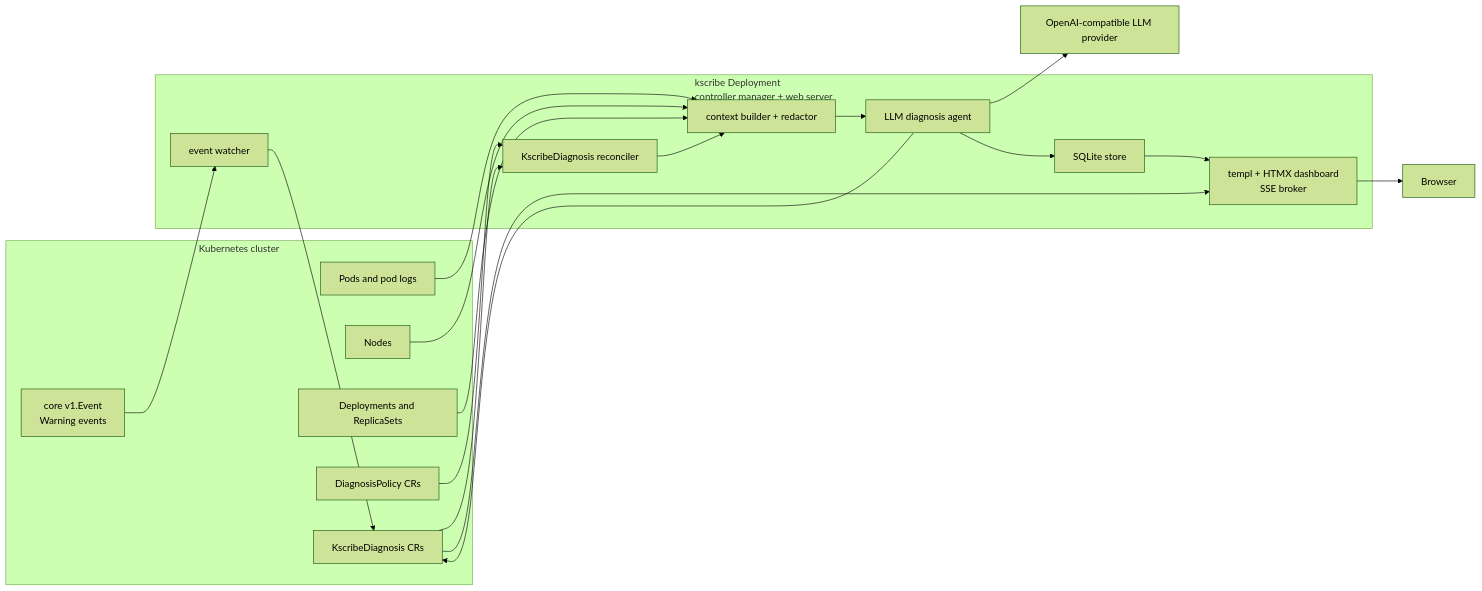
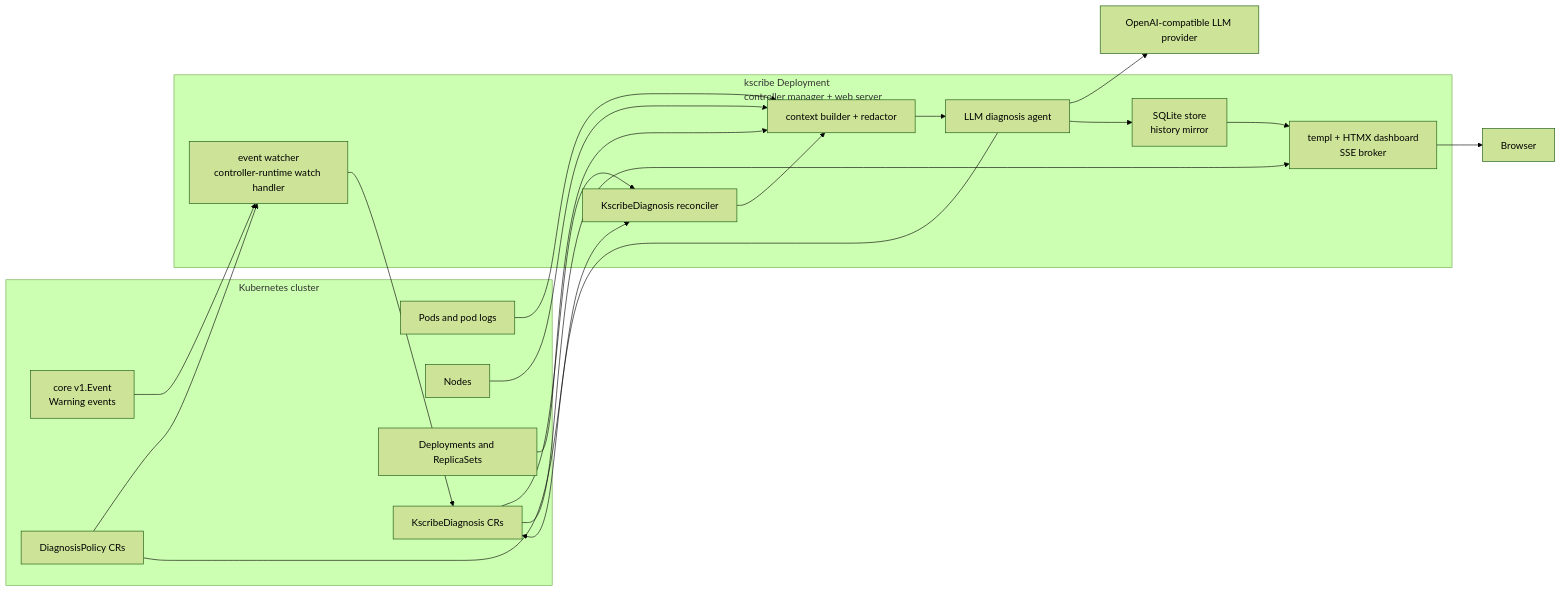
One commit to amjadjibon/kscribe changed the first of 3 diagrams in docs/kscribe-mvp/PLAN.md. Above: the diagram before and after it, drawn with Mermaid (forest theme). The commit also changed other lines of this file and 1 other file, not shown here.

````diff
--- a/docs/kscribe-mvp/PLAN.md
+++ b/docs/kscribe-mvp/PLAN.md
@@ -23,39 +23,40 @@
 ```mermaid
 flowchart LR
     subgraph Cluster["Kubernetes cluster"]
         Events["core v1.Event\nWarning events"]
         Pods["Pods and pod logs"]
         Nodes["Nodes"]
         Deploys["Deployments and ReplicaSets"]
         Policy["DiagnosisPolicy CRs"]
         Diagnosis["KscribeDiagnosis CRs"]
     end
 
     subgraph Operator["kscribe Deployment\ncontroller manager + web server"]
-        Watcher["event watcher"]
+        Watcher["event watcher\ncontroller-runtime watch handler"]
         Reconciler["KscribeDiagnosis reconciler"]
         Enricher["context builder + redactor"]
         Agent["LLM diagnosis agent"]
-        Store["SQLite store"]
+        Store["SQLite store\nhistory mirror"]
         Web["templ + HTMX dashboard\nSSE broker"]
     end
 
     LLM["OpenAI-compatible LLM provider"]
     Browser["Browser"]
 
     Events --> Watcher
     Watcher --> Diagnosis
+    Policy --> Watcher
     Policy --> Reconciler
     Diagnosis --> Reconciler
     Reconciler --> Enricher
     Pods --> Enricher
     Nodes --> Enricher
     Deploys --> Enricher
     Enricher --> Agent
     Agent --> LLM
     Agent --> Store
     Agent --> Diagnosis
     Store --> Web
     Diagnosis --> Web
     Web --> Browser
 ```
````
